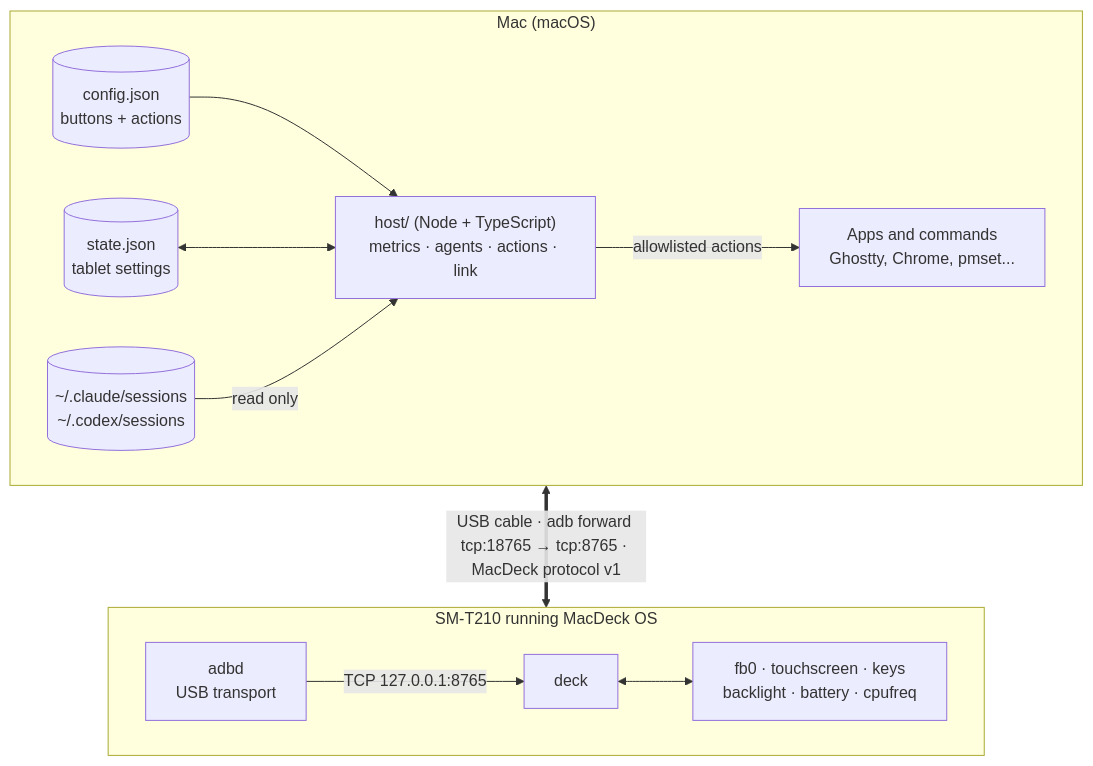
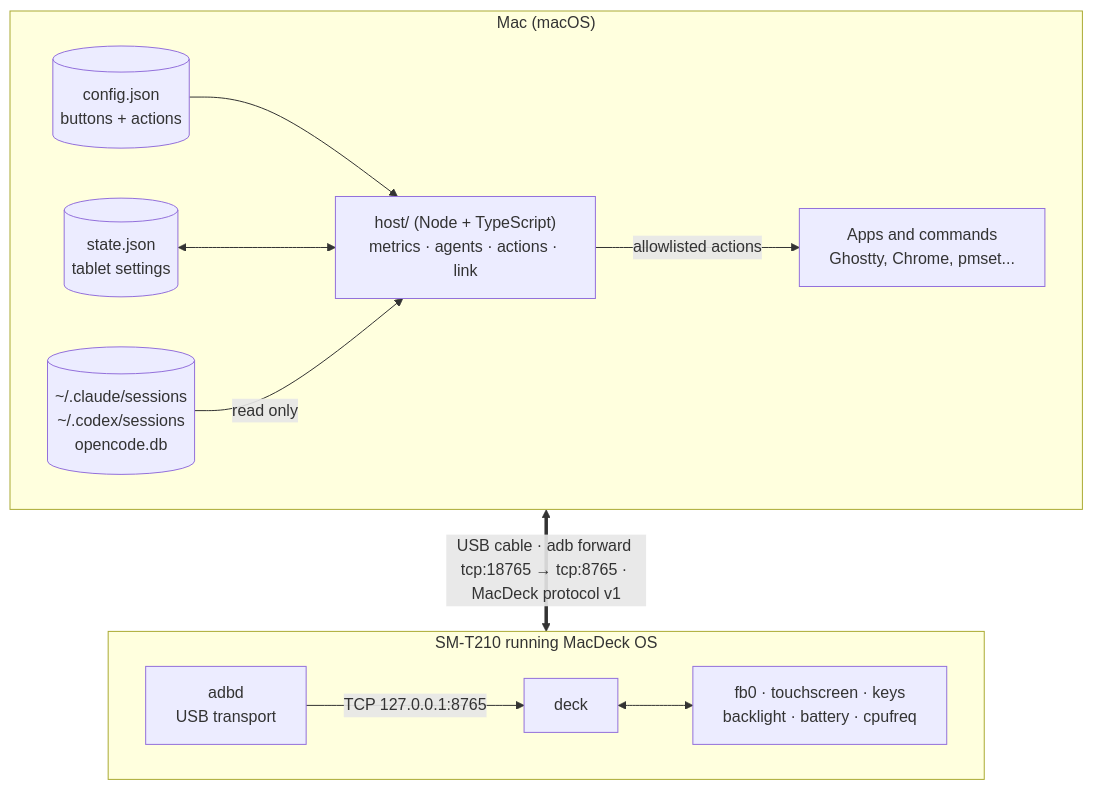
One commit to KhaledSaeed18/macdeck changed the first of 6 diagrams in README.md. Above: the diagram before and after it, drawn with Mermaid. The commit also changed other lines of this file and 1 other file, not shown here.

Commit message:
docs: add opencode to the agent sources and spell out which sessions are shown

````diff
--- a/README.md
+++ b/README.md
@@ -40,16 +40,16 @@
 ```mermaid
 flowchart TB
     subgraph MAC["Mac (macOS)"]
         direction LR
         CFG[("config.json<br/>buttons + actions")] --> HOST
         STATE[("state.json<br/>tablet settings")] <--> HOST
         HOST["host/ (Node + TypeScript)<br/>metrics · agents · actions · link"] -- "allowlisted actions" --> APPS["Apps and commands<br/>Ghostty, Chrome, pmset..."]
-        AGENTS[("~/.claude/sessions<br/>~/.codex/sessions")] -- "read only" --> HOST
+        AGENTS[("~/.claude/sessions<br/>~/.codex/sessions<br/>opencode.db")] -- "read only" --> HOST
     end
     subgraph TAB["SM-T210 running MacDeck OS"]
         direction LR
         ADBD["adbd<br/>USB transport"] -- "TCP 127.0.0.1:8765" --> DECK["deck"]
         DECK <--> HW["fb0 · touchscreen · keys<br/>backlight · battery · cpufreq"]
     end
     MAC <== "USB cable · adb forward tcp:18765 → tcp:8765 · MacDeck protocol v1" ==> TAB
 ```
````
